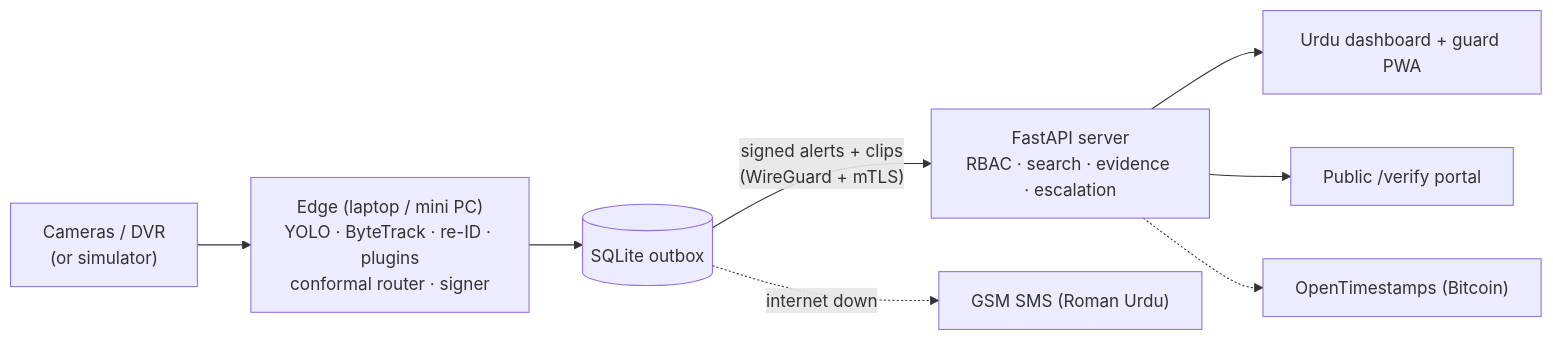
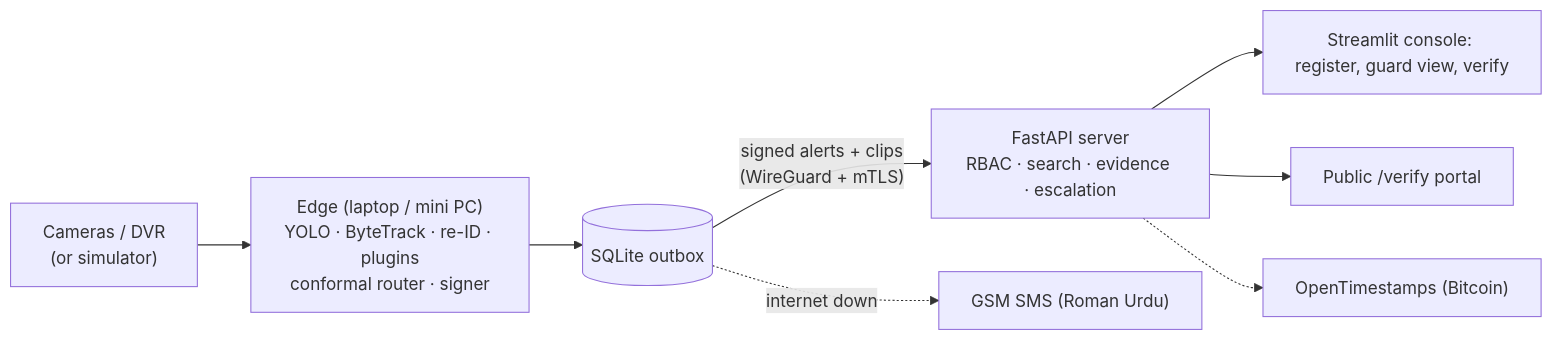
Before and after one commit to shiffu-ds/Jikimi-Ai: the diagram in README.md, drawn with Mermaid. The commit also changed other lines of this file and 101 other files, not shown here.

First line of the commit message:
Replace the Next.js dashboard with a Streamlit console

````diff
--- a/README.md
+++ b/README.md
@@ -96,10 +91,10 @@
 ```mermaid
 flowchart LR
   cams["Cameras / DVR<br/>(or simulator)"] --> edge["Edge (laptop / mini PC)<br/>YOLO · ByteTrack · re-ID · plugins<br/>conformal router · signer"]
   edge --> outbox[("SQLite outbox")]
   outbox -->|"signed alerts + clips<br/>(WireGuard + mTLS)"| api["FastAPI server<br/>RBAC · search · evidence · escalation"]
   outbox -.->|"internet down"| sms["GSM SMS (Roman Urdu)"]
-  api --> ui["Urdu dashboard + guard PWA"]
+  api --> ui["Streamlit console: register, guard view, verify"]
   api --> verify["Public /verify portal"]
   api -.-> ots["OpenTimestamps (Bitcoin)"]
 ```
````
